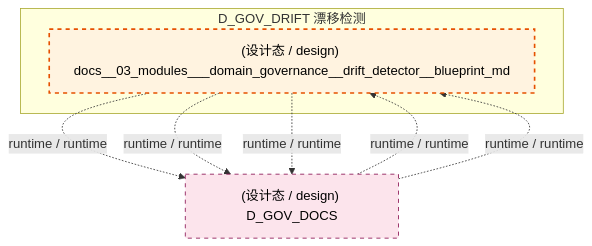
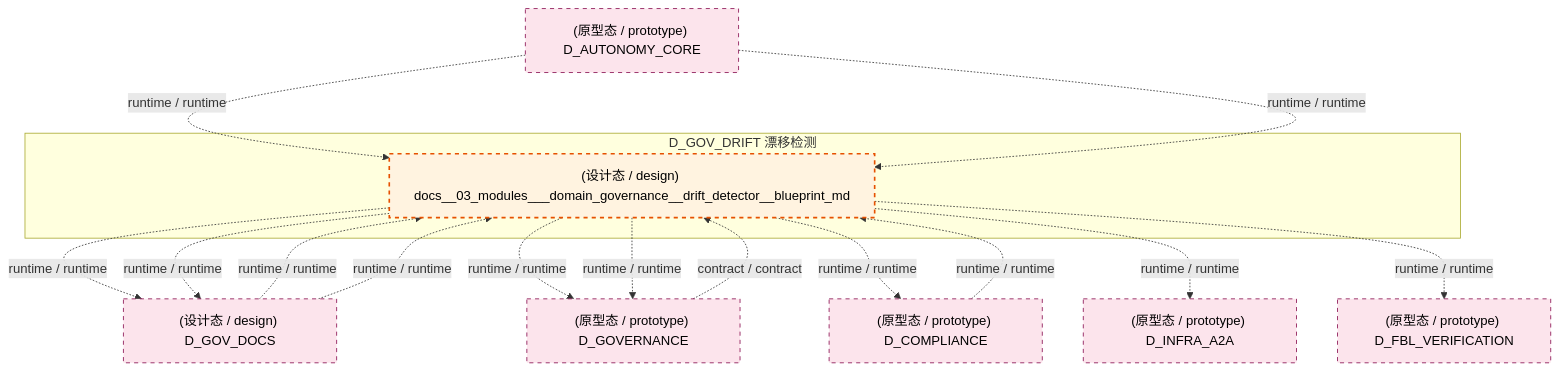
One commit to xuanFelixVan/ZephyrAlpha changed the fifth of 7 diagrams in docs/02_enterprise_architecture/02_domain_architecture_docs/41_d_gov_drift.md. Above: the diagram before and after it, drawn with Mermaid. The commit also changed other lines of this file and 126 other files, not shown here.

````diff
--- a/docs/02_enterprise_architecture/02_domain_architecture_docs/41_d_gov_drift.md
+++ b/docs/02_enterprise_architecture/02_domain_architecture_docs/41_d_gov_drift.md
@@ -553,18 +553,31 @@
 ```mermaid
 graph TD
     subgraph D_GOV_DRIFT["D_GOV_DRIFT 漂移检测"]
         docs_03_modules_domain_governance_drift_detector_blueprint_md["(设计态 / design) docs__03_modules___domain_governance__drift_detector__blueprint_md"]
     end
     D_GOV_DOCS["(设计态 / design) D_GOV_DOCS"]
     docs_03_modules_domain_governance_drift_detector_blueprint_md -.->|runtime / runtime| D_GOV_DOCS
+    D_GOVERNANCE["(原型态 / prototype) D_GOVERNANCE"]
+    docs_03_modules_domain_governance_drift_detector_blueprint_md -.->|runtime / runtime| D_GOVERNANCE
+    D_COMPLIANCE["(原型态 / prototype) D_COMPLIANCE"]
+    docs_03_modules_domain_governance_drift_detector_blueprint_md -.->|runtime / runtime| D_COMPLIANCE
+    D_INFRA_A2A["(原型态 / prototype) D_INFRA_A2A"]
+    docs_03_modules_domain_governance_drift_detector_blueprint_md -.->|runtime / runtime| D_INFRA_A2A
+    D_FBL_VERIFICATION["(原型态 / prototype) D_FBL_VERIFICATION"]
+    docs_03_modules_domain_governance_drift_detector_blueprint_md -.->|runtime / runtime| D_FBL_VERIFICATION
     docs_03_modules_domain_governance_drift_detector_blueprint_md -.->|runtime / runtime| D_GOV_DOCS
-    docs_03_modules_domain_governance_drift_detector_blueprint_md -.->|runtime / runtime| D_GOV_DOCS
+    docs_03_modules_domain_governance_drift_detector_blueprint_md -.->|runtime / runtime| D_GOVERNANCE
+    D_COMPLIANCE -.->|runtime / runtime| docs_03_modules_domain_governance_drift_detector_blueprint_md
     D_GOV_DOCS -.->|runtime / runtime| docs_03_modules_domain_governance_drift_detector_blueprint_md
     D_GOV_DOCS -.->|runtime / runtime| docs_03_modules_domain_governance_drift_detector_blueprint_md
+    D_GOVERNANCE -.->|contract / contract| docs_03_modules_domain_governance_drift_detector_blueprint_md
+    D_AUTONOMY_CORE["(原型态 / prototype) D_AUTONOMY_CORE"]
+    D_AUTONOMY_CORE -.->|runtime / runtime| docs_03_modules_domain_governance_drift_detector_blueprint_md
+    D_AUTONOMY_CORE -.->|runtime / runtime| docs_03_modules_domain_governance_drift_detector_blueprint_md
     classDef production fill:#e1f5fe,stroke:#01579b,stroke-width:2px,color:#000
     classDef design fill:#fff3e0,stroke:#e65100,stroke-width:2px,color:#000,stroke-dasharray: 5 5
     classDef external_prod fill:#e8f5e9,stroke:#1b5e20,stroke-width:1px,color:#000
     classDef external_design fill:#fce4ec,stroke:#880e4f,stroke-width:1px,color:#000,stroke-dasharray: 5 5
     class docs_03_modules_domain_governance_drift_detector_blueprint_md design
-    class D_GOV_DOCS external_design
+    class D_GOV_DOCS,D_GOVERNANCE,D_COMPLIANCE,D_INFRA_A2A,D_FBL_VERIFICATION,D_AUTONOMY_CORE external_design
 ```
````
